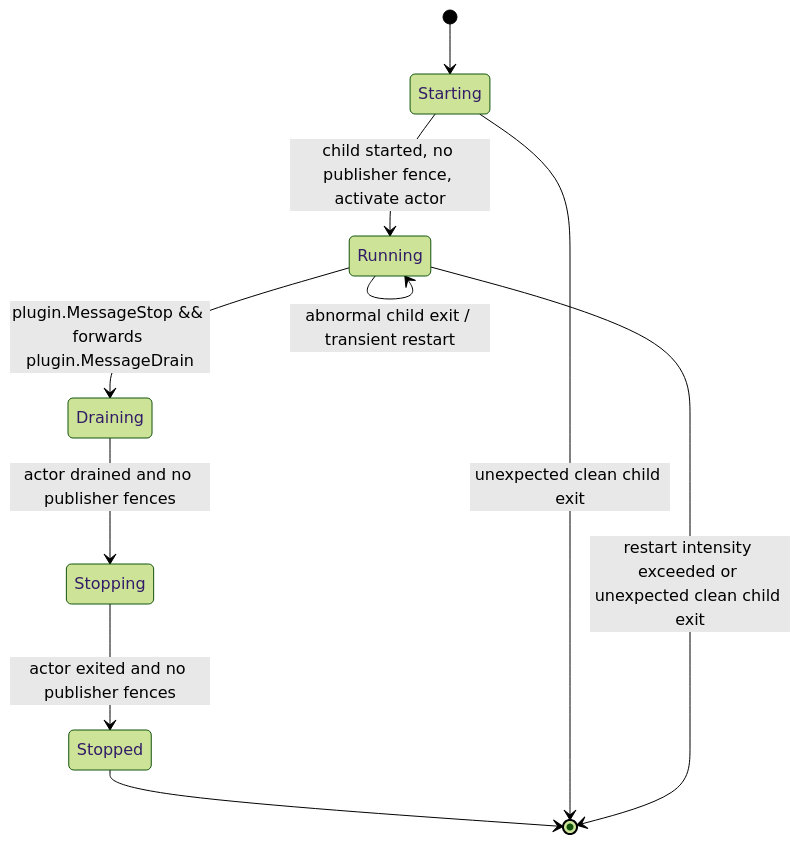
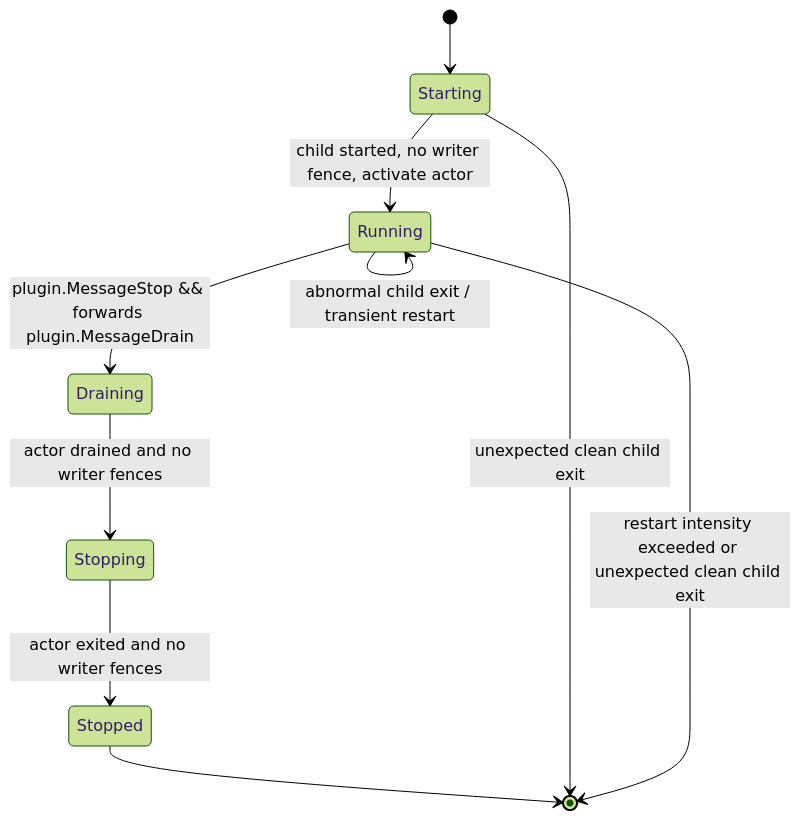
Before and after one commit to HarishHary/blink: the third of 8 diagrams in docs/internals/controller-runtime.md, drawn with Mermaid (forest theme). The commit also changed other lines of this file and 115 other files, not shown here.

````diff
--- a/docs/internals/controller-runtime.md
+++ b/docs/internals/controller-runtime.md
@@ -102,12 +117,12 @@
 ```mermaid
 stateDiagram-v2
   [*] --> Starting
-  Starting --> Running: child started, no publisher fence, activate actor
+  Starting --> Running: child started, no writer fence, activate actor
   Running --> Running: abnormal child exit / transient restart
   Running --> Draining: plugin.MessageStop && forwards plugin.MessageDrain
-  Draining --> Stopping: actor drained and no publisher fences
-  Stopping --> Stopped: actor exited and no publisher fences
+  Draining --> Stopping: actor drained and no writer fences
+  Stopping --> Stopped: actor exited and no writer fences
   Stopped --> [*]
   Starting --> [*]: unexpected clean child exit
   Running --> [*]: restart intensity exceeded or unexpected clean child exit
 ```
````
